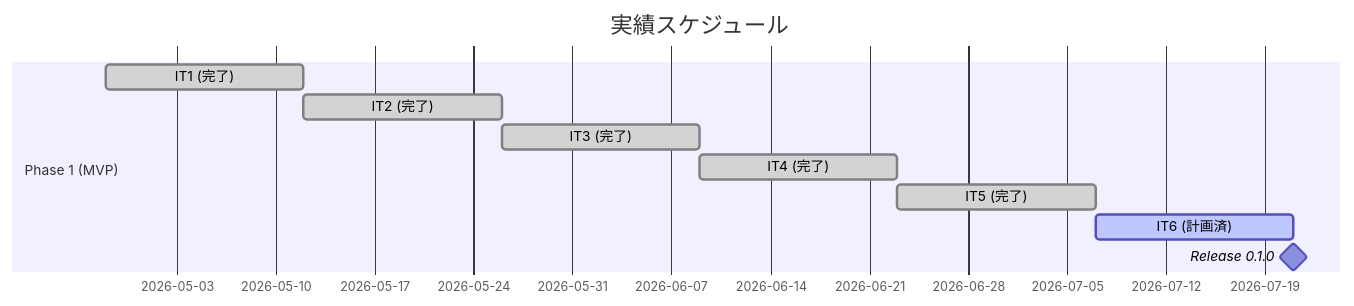
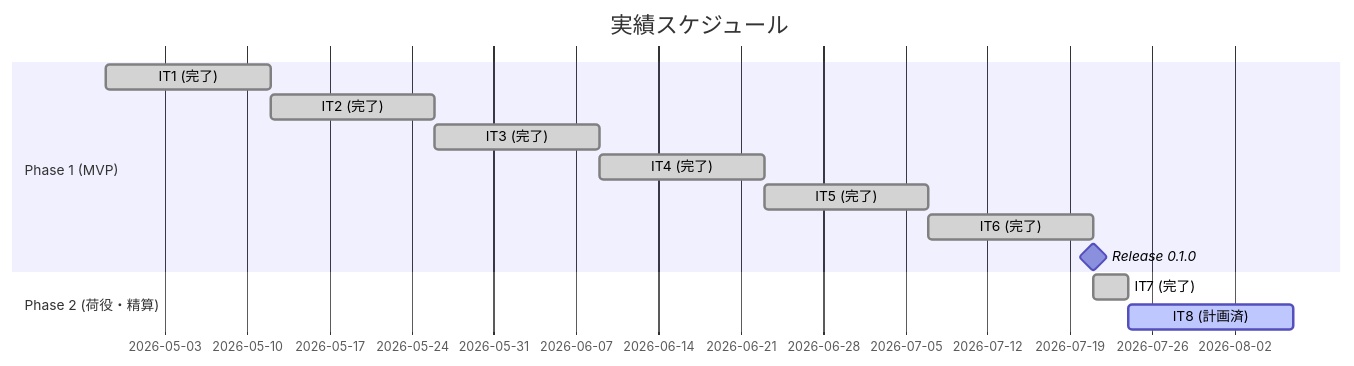
The second of 3 diagrams in docs/development/release_plan.md (k2works/case-study-cargo-tracker), drawn with Mermaid before and after one commit. The commit also changed other lines of this file and 1 other file, not shown here.

````diff
--- a/docs/development/release_plan.md
+++ b/docs/development/release_plan.md
@@ -177,13 +177,16 @@
 ```mermaid
 gantt
     title 実績スケジュール
     dateFormat  YYYY-MM-DD
     section Phase 1 (MVP)
     IT1 (完了)                    :done, a1, 2026-04-28, 14d
     IT2 (完了)                    :done, a2, after a1, 14d
     IT3 (完了)                    :done, a3, after a2, 14d
     IT4 (完了)                    :done, a4, after a3, 14d
     IT5 (完了)                    :done, a5, after a4, 14d
-    IT6 (計画済)                  :active, a6, after a5, 14d
+    IT6 (完了)                    :done, a6, after a5, 14d
     Release 0.1.0                 :milestone, ma1, after a6, 0d
+    section Phase 2 (荷役・精算)
+    IT7 (完了)                    :done, a7, after a6, 3d
+    IT8 (計画済)                  :active, a8, after a7, 14d
 ```
````
